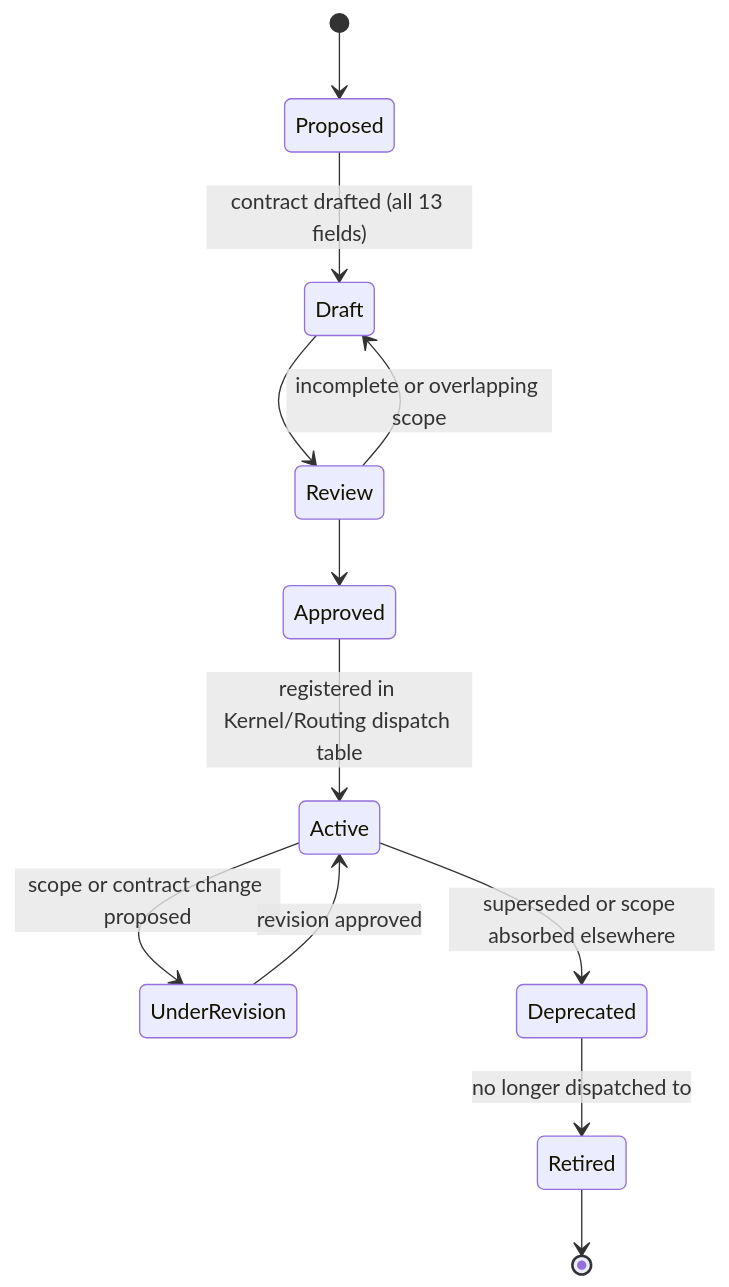
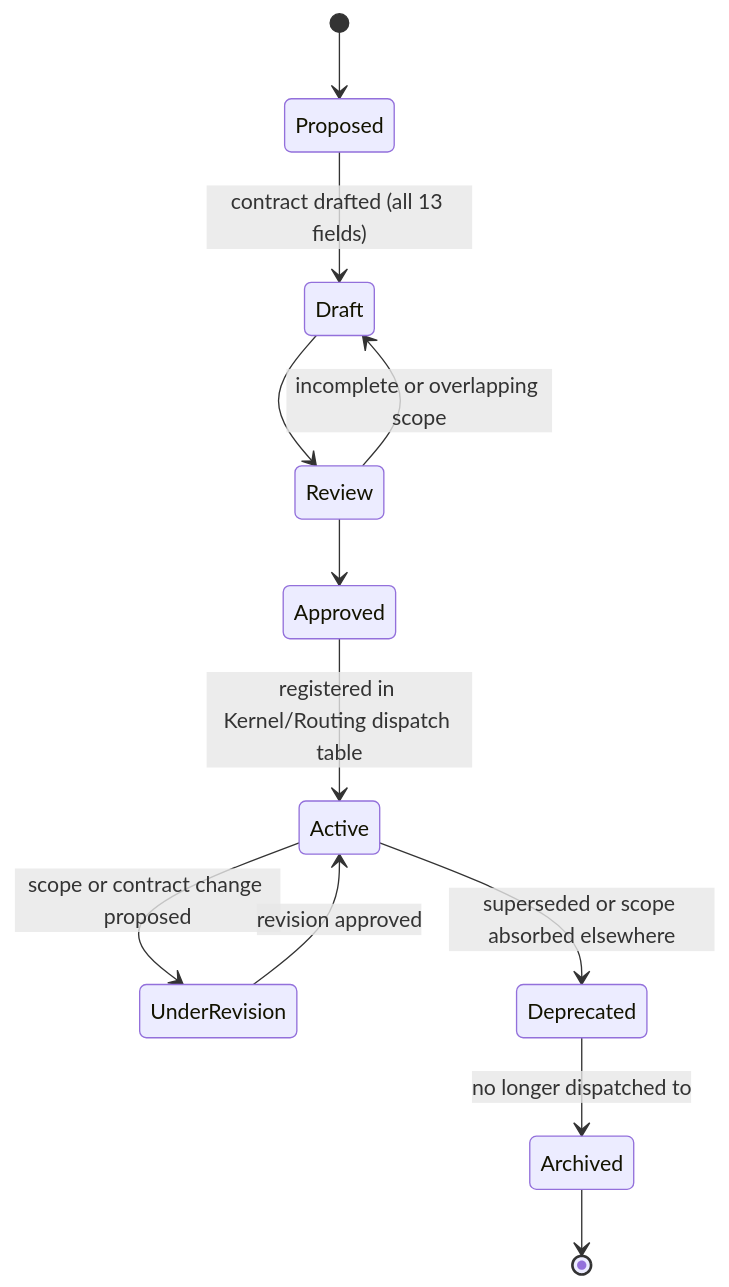
One commit to DeathHunterX/guardrail-hub changed the second of 4 diagrams in .ai/agents/README.md. Above: the diagram before and after it, drawn with Mermaid. The commit also changed other lines of this file and 73 other files, not shown here.

First line of the commit message:
feat(aios): establish AIOS v1.0 architecture and transition to steady state

````diff
--- a/.ai/agents/README.md
+++ b/.ai/agents/README.md
@@ -97,14 +99,14 @@
 ```mermaid
 stateDiagram-v2
     [*] --> Proposed
     Proposed --> Draft: contract drafted (all 13 fields)
     Draft --> Review
     Review --> Draft: incomplete or overlapping scope
     Review --> Approved
     Approved --> Active: registered in Kernel/Routing dispatch table
     Active --> UnderRevision: scope or contract change proposed
     UnderRevision --> Active: revision approved
     Active --> Deprecated: superseded or scope absorbed elsewhere
-    Deprecated --> Retired: no longer dispatched to
-    Retired --> [*]
+    Deprecated --> Archived: no longer dispatched to
+    Archived --> [*]
 ```
````
